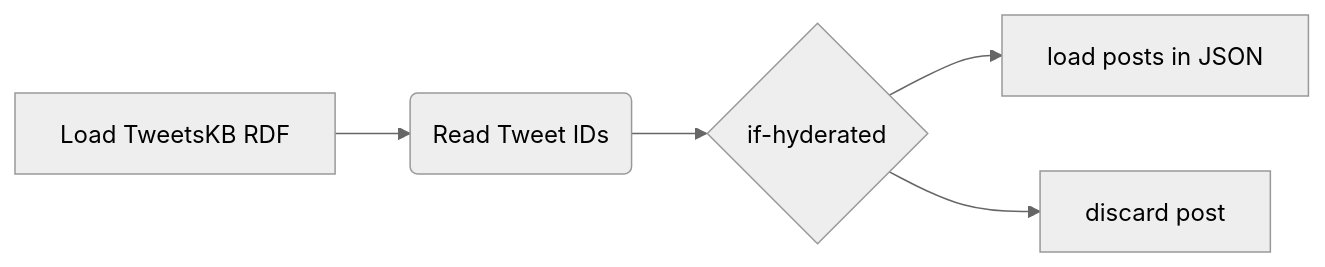
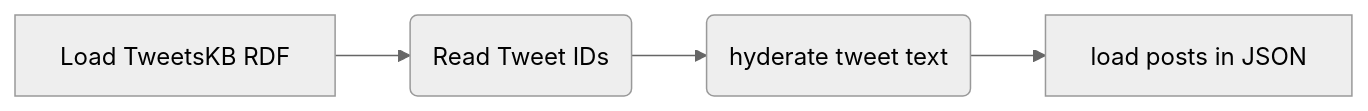
Before and after one commit to BDA-KTS/semantic-search-over_social-media-posts: the diagram in README.md, drawn with Mermaid (neutral theme). The commit also changed other lines of this file, not shown here.

````diff
--- a/README.md
+++ b/README.md
@@ -40,7 +40,6 @@
 ```mermaid
 graph LR
 A[Load TweetsKB RDF] -->B(Read Tweet IDs)
-    B --> C{if-hyderated}
+    B --> C(hyderate tweet text)
     C --> D[load posts in JSON]
-    C --> E[discard post]
 ```
````
